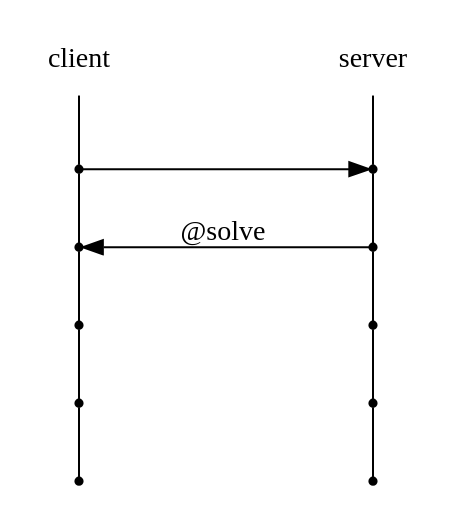
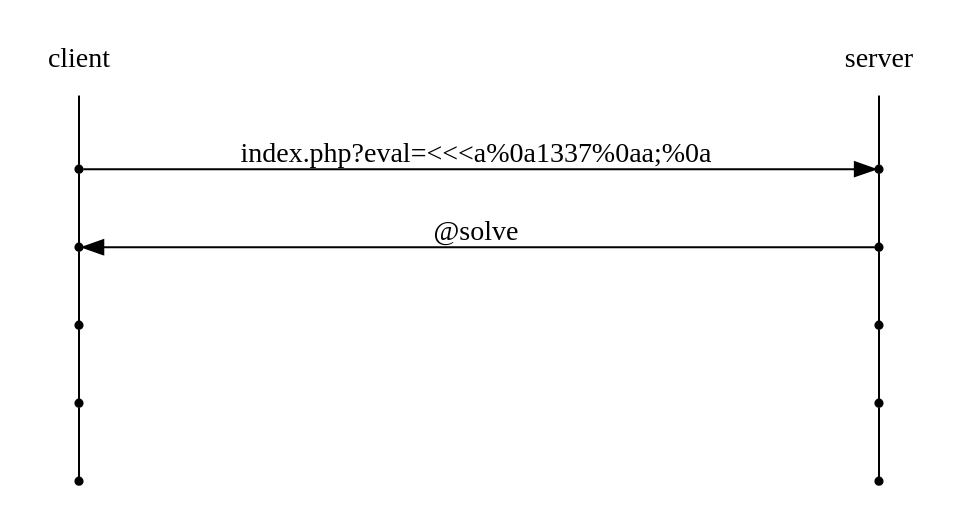
The diagram in docs/web/[wechall] php0819.rst (joizel/ctf_writeup), drawn with Graphviz before and after one commit. The commit also changed other lines of this file and 3 other files, not shown here.

```diff
--- a/docs/web/[wechall] php0819.rst
+++ b/docs/web/[wechall] php0819.rst
@@ -5,21 +5,21 @@
 .. graphviz::
 
     digraph G {
         rankdir="LR";
         node[shape="point"];
         edge[arrowhead="none"]
 
         {
             rank="same";
             "client"[shape="plaintext"];
             "client" -> step0 -> step2 -> step4 -> step6 -> step8;
         }
 
         {
             rank="same";
             "server"[shape="plaintext"];
             "server" -> step1 -> step3 -> step5 -> step7 -> step9;
         }
-        step0 -> step1[label="",arrowhead="normal"];
+        step0 -> step1[label="index.php?eval=<<<a%0a1337%0aa;%0a",arrowhead="normal"];
         step3 -> step2[label="@solve",arrowhead="normal"];
     }
```
